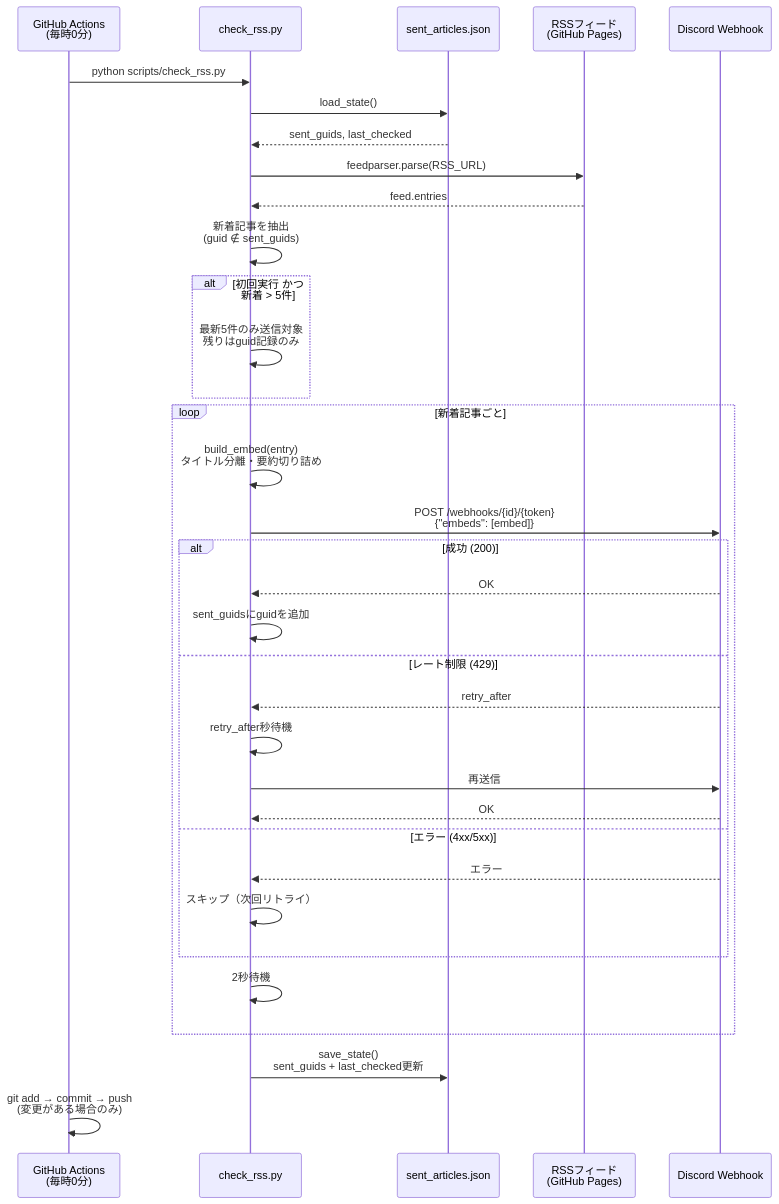
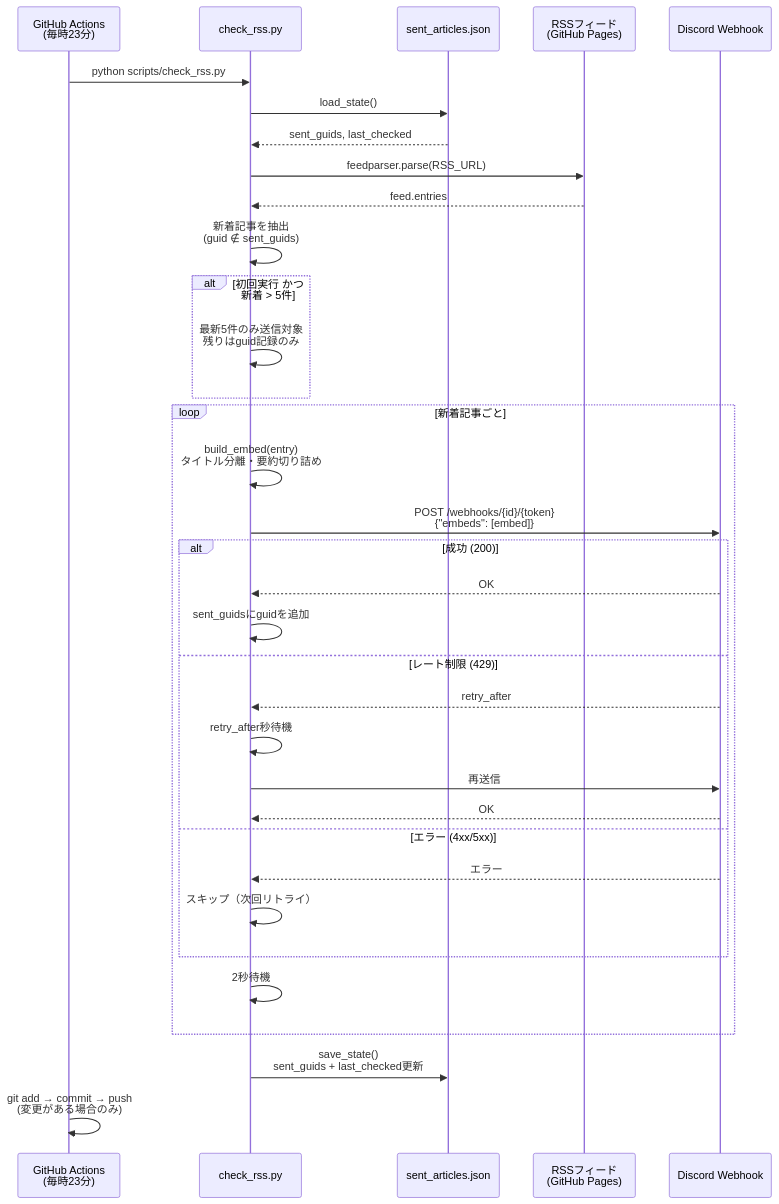
Before and after one commit to Y-Kanekoo/rss-to-discord: the third of 3 diagrams in README.md, drawn with Mermaid. The commit also changed other lines of this file and 2 other files, not shown here.

````diff
--- a/README.md
+++ b/README.md
@@ -166,44 +166,44 @@
 ```mermaid
 sequenceDiagram
-    participant Cron as GitHub Actions<br/>(毎時0分)
+    participant Cron as GitHub Actions<br/>(毎時23分)
     participant Script as check_rss.py
     participant JSON as sent_articles.json
     participant RSS as RSSフィード<br/>(GitHub Pages)
     participant Discord as Discord Webhook
 
     Cron->>Script: python scripts/check_rss.py
 
     Script->>JSON: load_state()
     JSON-->>Script: sent_guids, last_checked
 
     Script->>RSS: feedparser.parse(RSS_URL)
     RSS-->>Script: feed.entries
 
     Script->>Script: 新着記事を抽出<br/>(guid ∉ sent_guids)
 
     alt 初回実行 かつ 新着 > 5件
         Script->>Script: 最新5件のみ送信対象<br/>残りはguid記録のみ
     end
 
     loop 新着記事ごと
         Script->>Script: build_embed(entry)<br/>タイトル分離・要約切り詰め
         Script->>Discord: POST /webhooks/{id}/{token}<br/>{"embeds": [embed]}
         alt 成功 (200)
             Discord-->>Script: OK
             Script->>Script: sent_guidsにguidを追加
         else レート制限 (429)
             Discord-->>Script: retry_after
             Script->>Script: retry_after秒待機
             Script->>Discord: 再送信
             Discord-->>Script: OK
         else エラー (4xx/5xx)
             Discord-->>Script: エラー
             Script->>Script: スキップ（次回リトライ）
         end
         Script->>Script: 2秒待機
     end
 
     Script->>JSON: save_state()<br/>sent_guids + last_checked更新
 
     Cron->>Cron: git add → commit → push<br/>(変更がある場合のみ)
 ```
````
